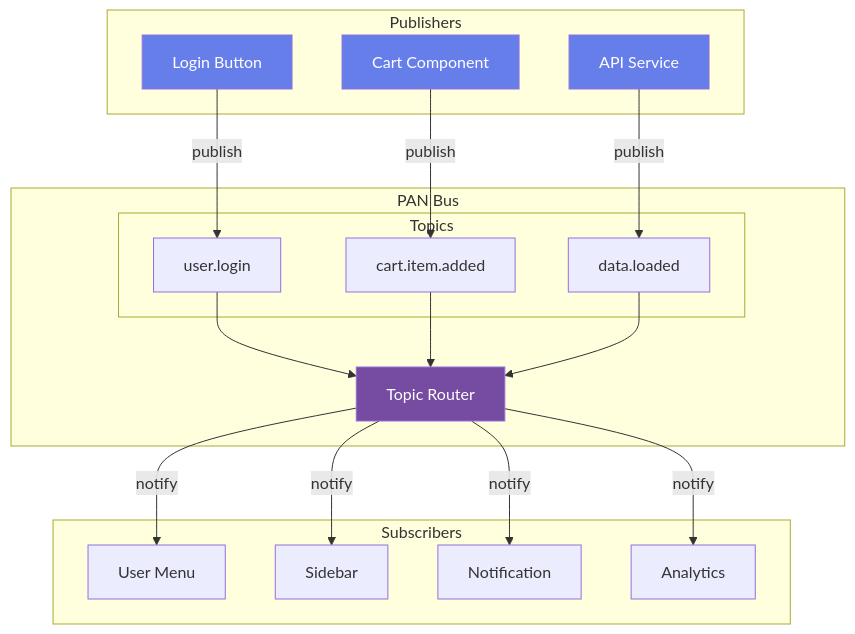
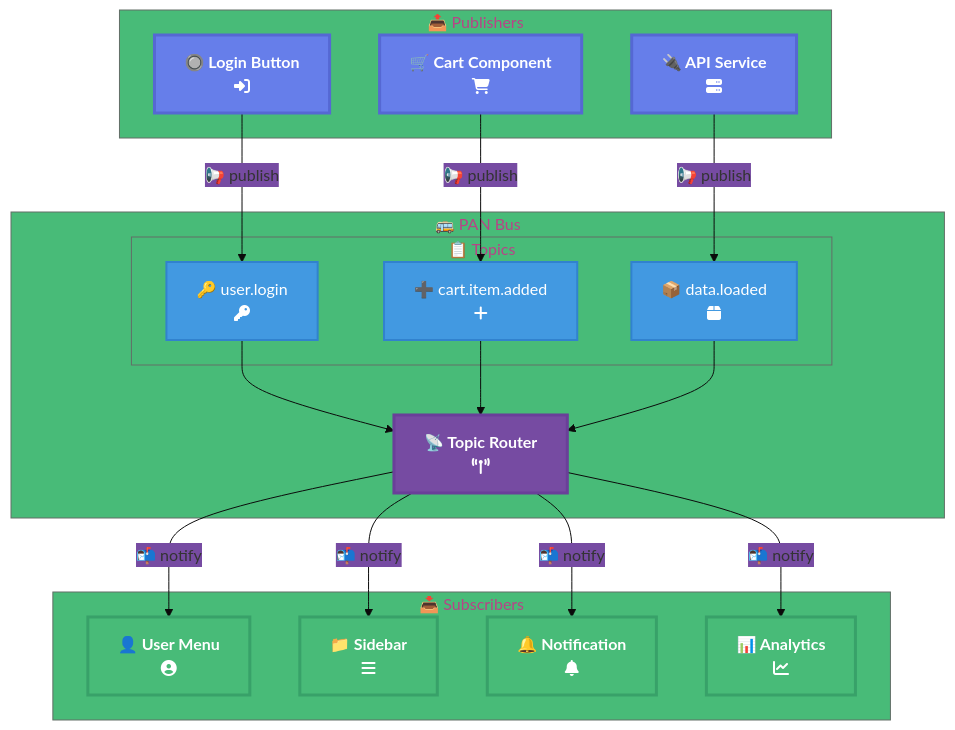
One commit to larcjs/larc changed the first of 10 diagrams in docs/books/learning-larc/diagrams/05-pan-bus.md. Above: the diagram before and after it, drawn with Mermaid. The commit also changed other lines of this file and 12 other files, not shown here.

First line of the commit message:
docs: expand Learning LARC chapters 11-19 into individual files and enhance diagrams

````diff
--- a/docs/books/learning-larc/diagrams/05-pan-bus.md
+++ b/docs/books/learning-larc/diagrams/05-pan-bus.md
@@ -5,43 +5,49 @@
 ```mermaid
+%%{init: {'theme':'base', 'themeVariables': { 'primaryColor':'#667eea','secondaryColor':'#764ba2','tertiaryColor':'#48bb78'}}}%%
 graph TB
-    subgraph "Publishers"
-        P1[Login Button]
-        P2[Cart Component]
-        P3[API Service]
+    subgraph Publishers["📤 Publishers"]
+        P1["🔘 Login Button<br/>fa:fa-sign-in-alt"]
+        P2["🛒 Cart Component<br/>fa:fa-shopping-cart"]
+        P3["🔌 API Service<br/>fa:fa-server"]
     end
 
-    subgraph "PAN Bus"
-        PAN[Topic Router]
+    subgraph PAN["🚌 PAN Bus"]
+        Router["📡 Topic Router<br/>fa:fa-broadcast-tower"]
 
-        subgraph "Topics"
-            T1[user.login]
-            T2[cart.item.added]
-            T3[data.loaded]
+        subgraph Topics["📋 Topics"]
+            T1["🔑 user.login<br/>fa:fa-key"]
+            T2["➕ cart.item.added<br/>fa:fa-plus"]
+            T3["📦 data.loaded<br/>fa:fa-box"]
         end
     end
 
-    subgraph "Subscribers"
-        S1[User Menu]
-        S2[Sidebar]
-        S3[Notification]
-        S4[Analytics]
+    subgraph Subscribers["📥 Subscribers"]
+        S1["👤 User Menu<br/>fa:fa-user-circle"]
+        S2["📁 Sidebar<br/>fa:fa-bars"]
+        S3["🔔 Notification<br/>fa:fa-bell"]
+        S4["📊 Analytics<br/>fa:fa-chart-line"]
     end
 
-    P1 -->|publish| T1
-    P2 -->|publish| T2
-    P3 -->|publish| T3
+    P1 -->|📢 publish| T1
+    P2 -->|📢 publish| T2
+    P3 -->|📢 publish| T3
 
-    T1 --> PAN
-    T2 --> PAN
-    T3 --> PAN
+    T1 --> Router
+    T2 --> Router
+    T3 --> Router
 
-    PAN -->|notify| S1
-    PAN -->|notify| S2
-    PAN -->|notify| S3
-    PAN -->|notify| S4
+    Router -->|📬 notify| S1
+    Router -->|📬 notify| S2
+    Router -->|📬 notify| S3
+    Router -->|📬 notify| S4
 
-    style PAN fill:#764ba2,color:#fff
-    style P1 fill:#667eea,color:#fff
-    style P2 fill:#667eea,color:#fff
-    style P3 fill:#667eea,color:#fff
+    classDef publisher fill:#667eea,stroke:#5568d3,stroke-width:3px,color:#fff,font-weight:bold
+    classDef pan fill:#764ba2,stroke:#6a3f99,stroke-width:3px,color:#fff,font-weight:bold
+    classDef subscriber fill:#48bb78,stroke:#38a169,stroke-width:3px,color:#fff,font-weight:bold
+    classDef topic fill:#4299e1,stroke:#3182ce,stroke-width:2px,color:#fff
+
+    class P1,P2,P3 publisher
+    class Router pan
+    class S1,S2,S3,S4 subscriber
+    class T1,T2,T3 topic
 ```
````
